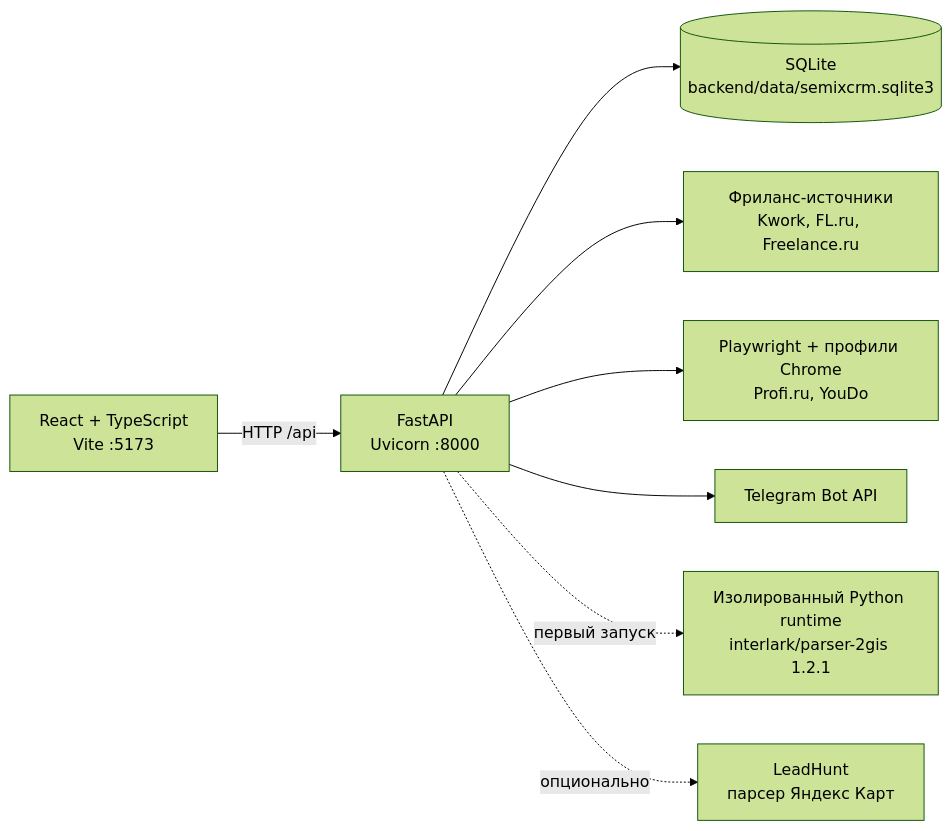
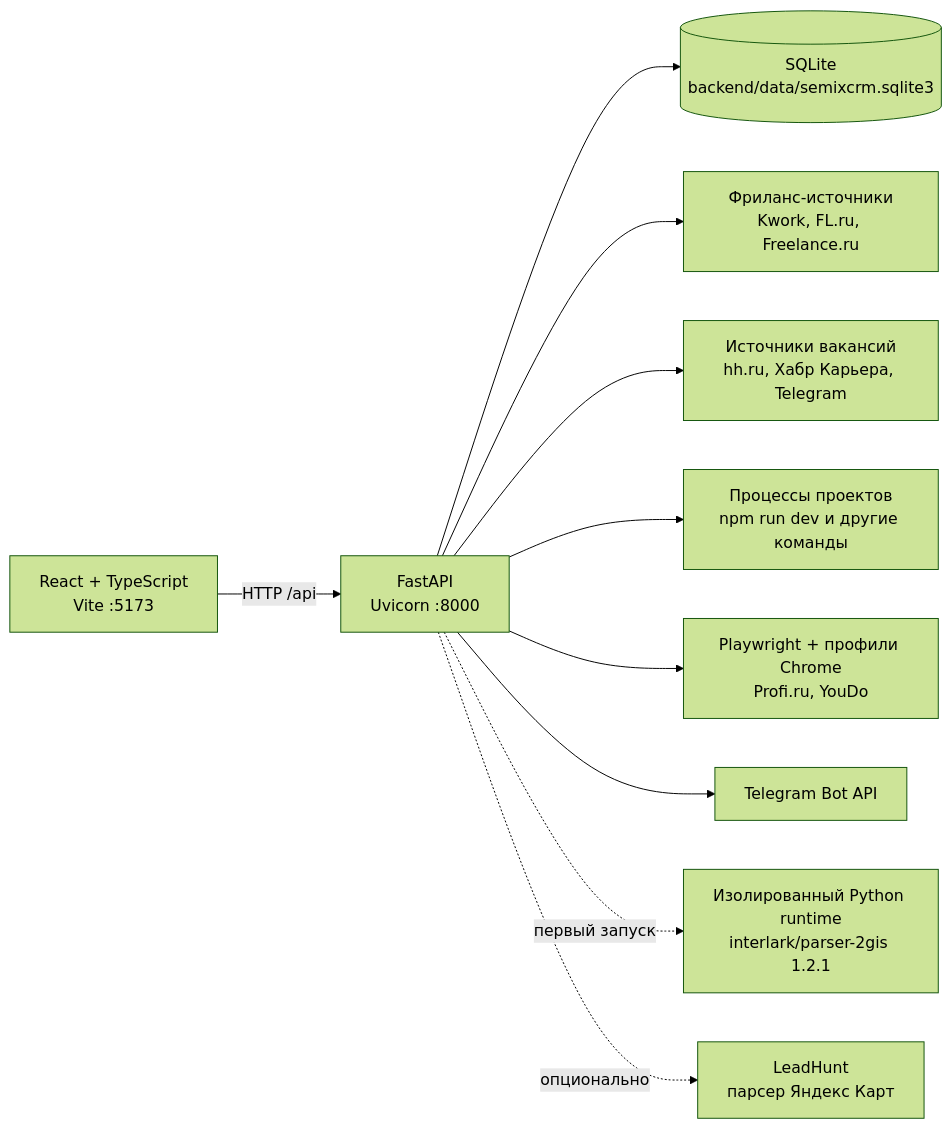
One commit to Lobanovs/SemixCRM changed the diagram in README.md. Above: the diagram before and after it, drawn with Mermaid (forest theme). The commit also changed other lines of this file and 79 other files, not shown here.

````diff
--- a/README.md
+++ b/README.md
@@ -23,10 +41,12 @@
 ```mermaid
 flowchart LR
     UI["React + TypeScript\nVite :5173"] -->|HTTP /api| API["FastAPI\nUvicorn :8000"]
     API --> DB[("SQLite\nbackend/data/semixcrm.sqlite3")]
     API --> FS["Фриланс-источники\nKwork, FL.ru, Freelance.ru"]
+    API --> JS["Источники вакансий\nhh.ru, Хабр Карьера, Telegram"]
+    API --> PR["Процессы проектов\nnpm run dev и другие команды"]
     API --> PB["Playwright + профили Chrome\nProfi.ru, YouDo"]
     API --> TG["Telegram Bot API"]
     API -. первый запуск .-> P2["Изолированный Python runtime\ninterlark/parser-2gis 1.2.1"]
     API -. опционально .-> YM["LeadHunt\nпарсер Яндекс Карт"]
 ```
````
